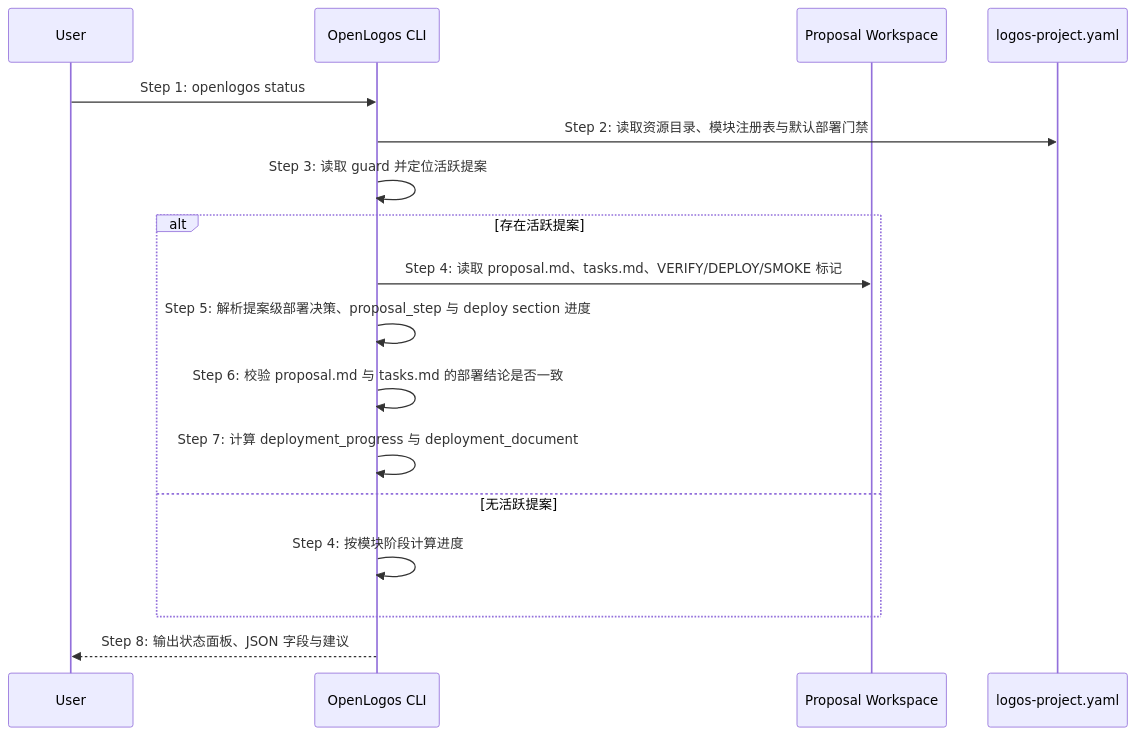
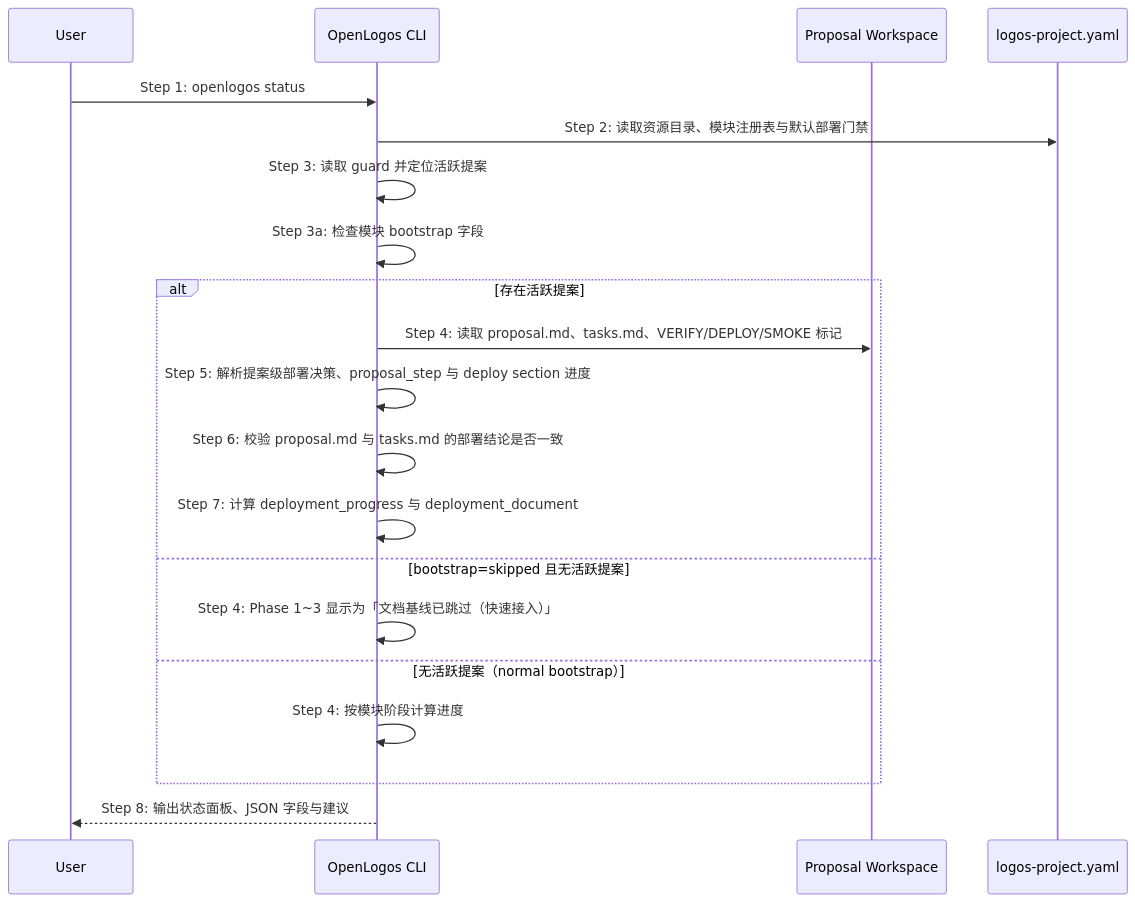
One commit to miniidealab/openlogos changed the diagram in logos/resources/prd/3-technical-plan/2-scenario-implementation/core-S11-status-progress.md. Above: the diagram before and after it, drawn with Mermaid. The commit also changed other lines of this file and 15 other files, not shown here.

````diff
--- a/logos/resources/prd/3-technical-plan/2-scenario-implementation/core-S11-status-progress.md
+++ b/logos/resources/prd/3-technical-plan/2-scenario-implementation/core-S11-status-progress.md
@@ -3,20 +3,23 @@
 ```mermaid
 sequenceDiagram
     participant U as User
     participant C as OpenLogos CLI
     participant P as Proposal Workspace
     participant Y as logos-project.yaml
 
     U->>C: Step 1: openlogos status
     C->>Y: Step 2: 读取资源目录、模块注册表与默认部署门禁
     C->>C: Step 3: 读取 guard 并定位活跃提案
+    C->>C: Step 3a: 检查模块 bootstrap 字段
     alt 存在活跃提案
         C->>P: Step 4: 读取 proposal.md、tasks.md、VERIFY/DEPLOY/SMOKE 标记
         C->>C: Step 5: 解析提案级部署决策、proposal_step 与 deploy section 进度
         C->>C: Step 6: 校验 proposal.md 与 tasks.md 的部署结论是否一致
         C->>C: Step 7: 计算 deployment_progress 与 deployment_document
-    else 无活跃提案
+    else bootstrap=skipped 且无活跃提案
+        C->>C: Step 4: Phase 1~3 显示为「文档基线已跳过（快速接入）」
+    else 无活跃提案（normal bootstrap）
         C->>C: Step 4: 按模块阶段计算进度
     end
     C-->>U: Step 8: 输出状态面板、JSON 字段与建议
 ```
````
